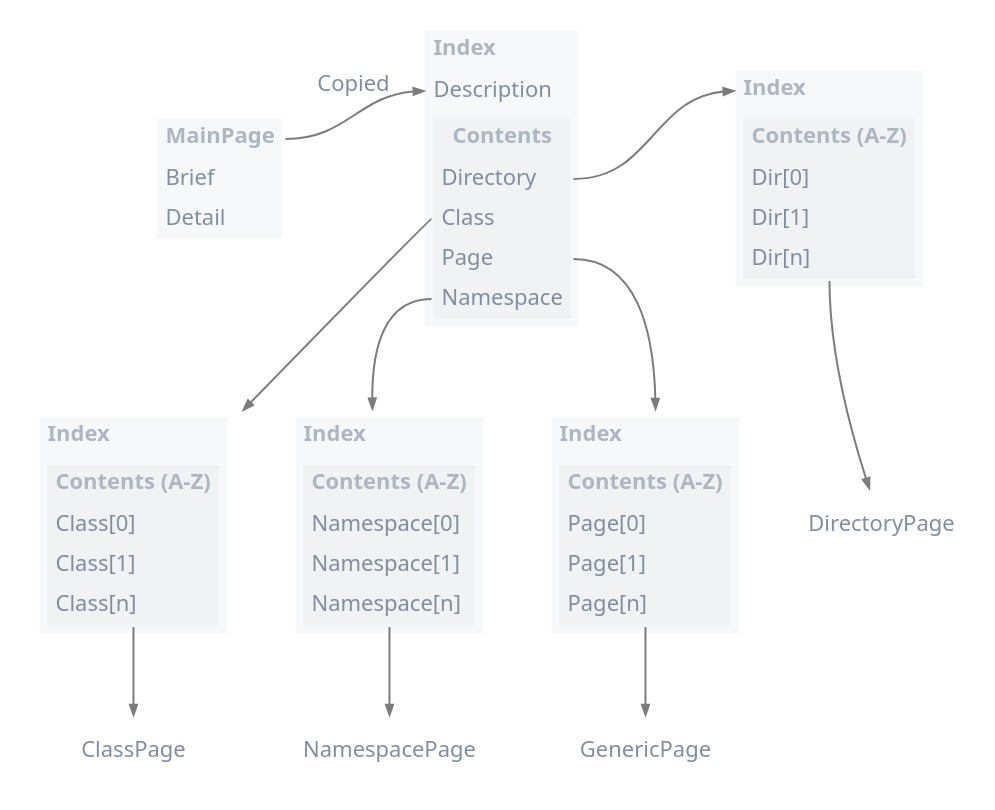
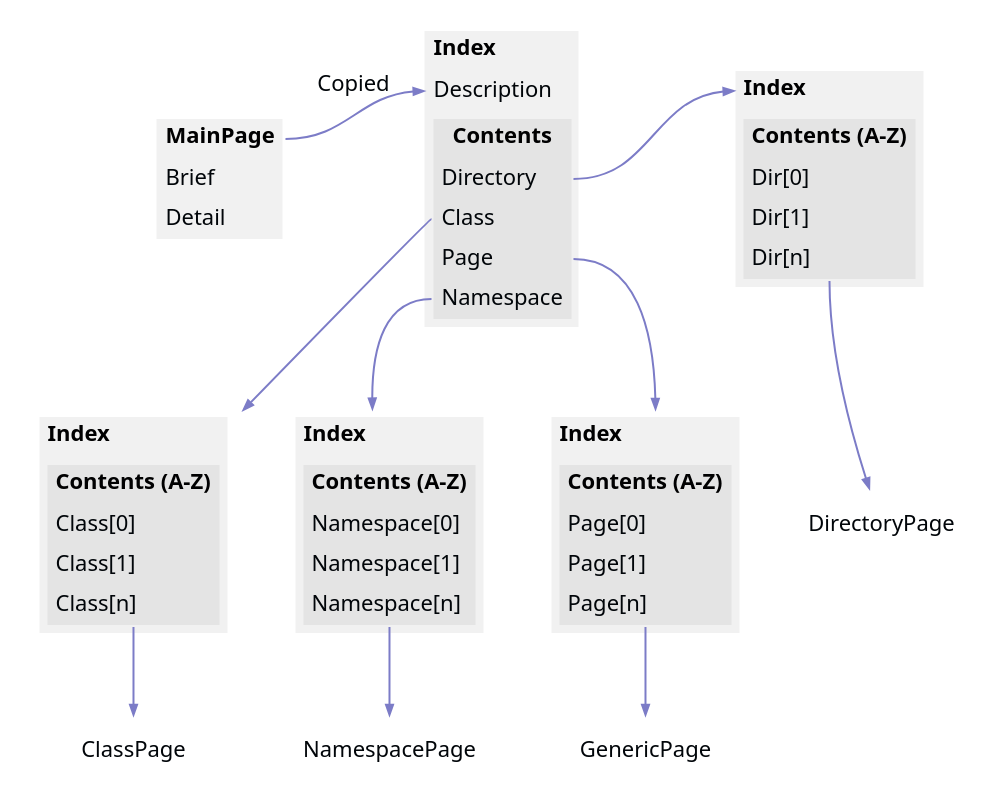
The diagram in Current/images/internal-diagram-1.dot (CharlesCarley/MdDox), drawn with Graphviz before and after one commit. The commit also changed 522 other files, not shown here.

```diff
--- a/Current/images/internal-diagram-1.dot
+++ b/Current/images/internal-diagram-1.dot
@@ -1,126 +1,126 @@
 
 digraph {
     bgcolor = none;
     rankdir = "TB";
     layout  = dot;
     
     node [
         shape     = none
         fontname  = "Segoe UI"
-        fontcolor = "#828EA0FF"
+        fontcolor = "#010509FF"
         fontsize  = "11"
     ]
     edge [
         arrowsize = "0.5"
-        color     = "#7C7C7CFF"
+        color     = "#7C7CC7FF"
         fontname  = "Segoe UI"
-        fontcolor = "#828EA0FF"
+        fontcolor = "#010509FF"
         fontsize  = "11"
     ]
     
     MainPage[label=<
-        <table border="0" cellspacing="0" cellpadding="4" bgcolor="#828EA010">
-            <tr><td align="center" port="Title"><font color="#AEB6C2FF"><b>MainPage</b></font></td></tr>
+        <table border="0" cellspacing="0" cellpadding="4" bgcolor="#22222210">
+            <tr><td align="center" port="Title"><font color="#000001FF"><b>MainPage</b></font></td></tr>
             <tr><td align="left">Brief</td></tr>
             <tr><td align="left">Detail</td></tr>
         </table>
     >];
 
 
     Index[label=<
-        <table border="0" cellspacing="0" cellpadding="4" bgcolor="#828EA010">
-            <tr><td align="left"><font color="#AEB6C2FF"><b>Index</b></font></td></tr>
+        <table border="0" cellspacing="0" cellpadding="4" bgcolor="#22222210">
+            <tr><td align="left"><font color="#000001FF"><b>Index</b></font></td></tr>
             <tr><td align="left" port="Description">Description</td></tr>
             <tr><td>
-            <table border="0" cellspacing="0" cellpadding="4" bgcolor="#828EA010">
-            <tr><td align="center"><font color="#AEB6C2FF"><b>Contents</b></font></td></tr>
+            <table border="0" cellspacing="0" cellpadding="4" bgcolor="#22222210">
+            <tr><td align="center"><font color="#000001FF"><b>Contents</b></font></td></tr>
             <tr><td align="left" port="Directory">Directory</td></tr>
             <tr><td align="left" port="Class">Class</td></tr>
             <tr><td align="left" port="Page">Page</td></tr>
             <tr><td align="left" port="Namespace">Namespace</td></tr>
             </table>
             </td></tr>
         </table>
     >];
     {rank=min Index MainPage}
 
     MainPage:Title->Index:Description[label="Copied"];
 
 
     ClassIndex[label=<
-        <table border="0" cellspacing="0" cellpadding="4" bgcolor="#828EA010">
-            <tr><td align="left" port="Title"><font color="#AEB6C2FF"><b>Index</b></font></td></tr>
+        <table border="0" cellspacing="0" cellpadding="4" bgcolor="#22222210">
+            <tr><td align="left" port="Title"><font color="#000001FF"><b>Index</b></font></td></tr>
             <tr><td>
-            <table border="0" cellspacing="0" cellpadding="4" bgcolor="#828EA010">
-            <tr><td align="center"><font color="#AEB6C2FF"><b>Contents (A-Z)</b></font></td></tr>
+            <table border="0" cellspacing="0" cellpadding="4" bgcolor="#22222210">
+            <tr><td align="center"><font color="#000001FF"><b>Contents (A-Z)</b></font></td></tr>
             <tr><td align="left">Class[0]</td></tr>
             <tr><td align="left">Class[1]</td></tr>
             <tr><td align="left" port="Item">Class[n]</td></tr>
             </table>
             </td></tr>
         </table>
     >];
     Index:Class->ClassIndex;
 
 
     NamespaceIndex[label=<
-        <table border="0" cellspacing="0" cellpadding="4" bgcolor="#828EA010">
-            <tr><td align="left" port="Title"><font color="#AEB6C2FF"><b>Index</b></font></td></tr>
+        <table border="0" cellspacing="0" cellpadding="4" bgcolor="#22222210">
+            <tr><td align="left" port="Title"><font color="#000001FF"><b>Index</b></font></td></tr>
             <tr><td>
-            <table border="0" cellspacing="0" cellpadding="4" bgcolor="#828EA010">
-            <tr><td align="center"><font color="#AEB6C2FF"><b>Contents (A-Z)</b></font></td></tr>
+            <table border="0" cellspacing="0" cellpadding="4" bgcolor="#22222210">
+            <tr><td align="center"><font color="#000001FF"><b>Contents (A-Z)</b></font></td></tr>
             <tr><td align="left">Namespace[0]</td></tr>
             <tr><td align="left">Namespace[1]</td></tr>
             <tr><td align="left" port="Item">Namespace[n]</td></tr>
             </table>
             </td></tr>
         </table>
     >];
     
     Index:Namespace->NamespaceIndex;
 
     PageIndex[label=<
-        <table border="0" cellspacing="0" cellpadding="4" bgcolor="#828EA010">
-            <tr><td align="left" port="Title"><font color="#AEB6C2FF"><b>Index</b></font></td></tr>
+        <table border="0" cellspacing="0" cellpadding="4" bgcolor="#22222210">
+            <tr><td align="left" port="Title"><font color="#000001FF"><b>Index</b></font></td></tr>
             <tr><td>
-            <table border="0" cellspacing="0" cellpadding="4" bgcolor="#828EA010">
-            <tr><td align="center"><font color="#AEB6C2FF"><b>Contents (A-Z)</b></font></td></tr>
+            <table border="0" cellspacing="0" cellpadding="4" bgcolor="#22222210">
+            <tr><td align="center"><font color="#000001FF"><b>Contents (A-Z)</b></font></td></tr>
             <tr><td align="left">Page[0]</td></tr>
             <tr><td align="left">Page[1]</td></tr>
             <tr><td align="left" port="ITem">Page[n]</td></tr>
             </table>
             </td></tr>
         </table>
     >];
 
     Index:Page->PageIndex;
 
 
     DirectoryIndex[label=<
-        <table border="0" cellspacing="0" cellpadding="4" bgcolor="#828EA010">
-            <tr><td align="left" port="Title"><font color="#AEB6C2FF"><b>Index</b></font></td></tr>
+        <table border="0" cellspacing="0" cellpadding="4" bgcolor="#22222210">
+            <tr><td align="left" port="Title"><font color="#000001FF"><b>Index</b></font></td></tr>
             <tr><td>
-            <table border="0" cellspacing="0" cellpadding="4" bgcolor="#828EA010">
-            <tr><td align="center"><font color="#AEB6C2FF"><b>Contents (A-Z)</b></font></td></tr>
+            <table border="0" cellspacing="0" cellpadding="4" bgcolor="#22222210">
+            <tr><td align="center"><font color="#000001FF"><b>Contents (A-Z)</b></font></td></tr>
             <tr><td align="left">Dir[0]</td></tr>
             <tr><td align="left">Dir[1]</td></tr>
             <tr><td align="left" port="Item">Dir[n]</td></tr>
             </table>
             </td></tr>
         </table>
     >];
 
 
 
     Index:Directory->DirectoryIndex:Title;
 
     {rank=same Index DirectoryIndex}
 
 
 
     ClassIndex:Item->ClassPage;
     DirectoryIndex:Item->DirectoryPage;
     PageIndex:Item->GenericPage;
     NamespaceIndex:Item->NamespacePage;
 
 }
```
